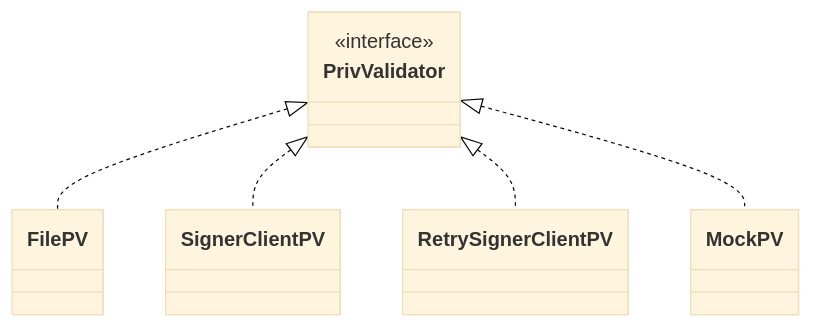
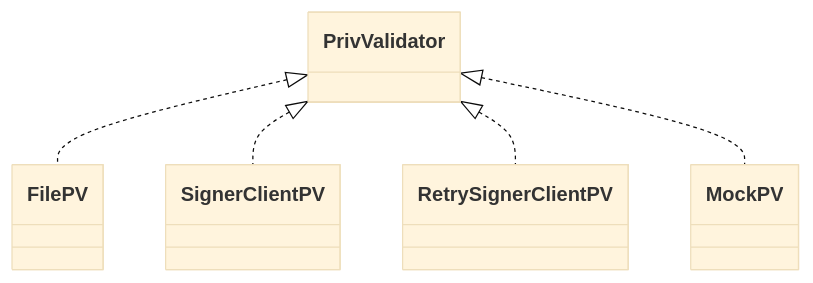
The first of 2 diagrams in docs/docs/references/architecture/adr-117-cryptoprovider-implementation.md (Reecepbcups/cometbft), drawn with Mermaid (base theme) before and after one commit. The commit also changed other lines of this file and 42 other files, not shown here.

````diff
--- a/docs/docs/references/architecture/adr-117-cryptoprovider-implementation.md
+++ b/docs/docs/references/architecture/adr-117-cryptoprovider-implementation.md
@@ -83,23 +83,23 @@
 ```mermaid
 classDiagram
     class PrivValidator {
-        <<interface>>
+        <interface>
     }
 
     class FilePV {
     }
 
     class SignerClientPV {
     }
 
     class RetrySignerClientPV {
     }
 
     class MockPV {
     }
 
     PrivValidator <|.. FilePV
     PrivValidator <|.. SignerClientPV
     PrivValidator <|.. RetrySignerClientPV
     PrivValidator <|.. MockPV
 ```
````
